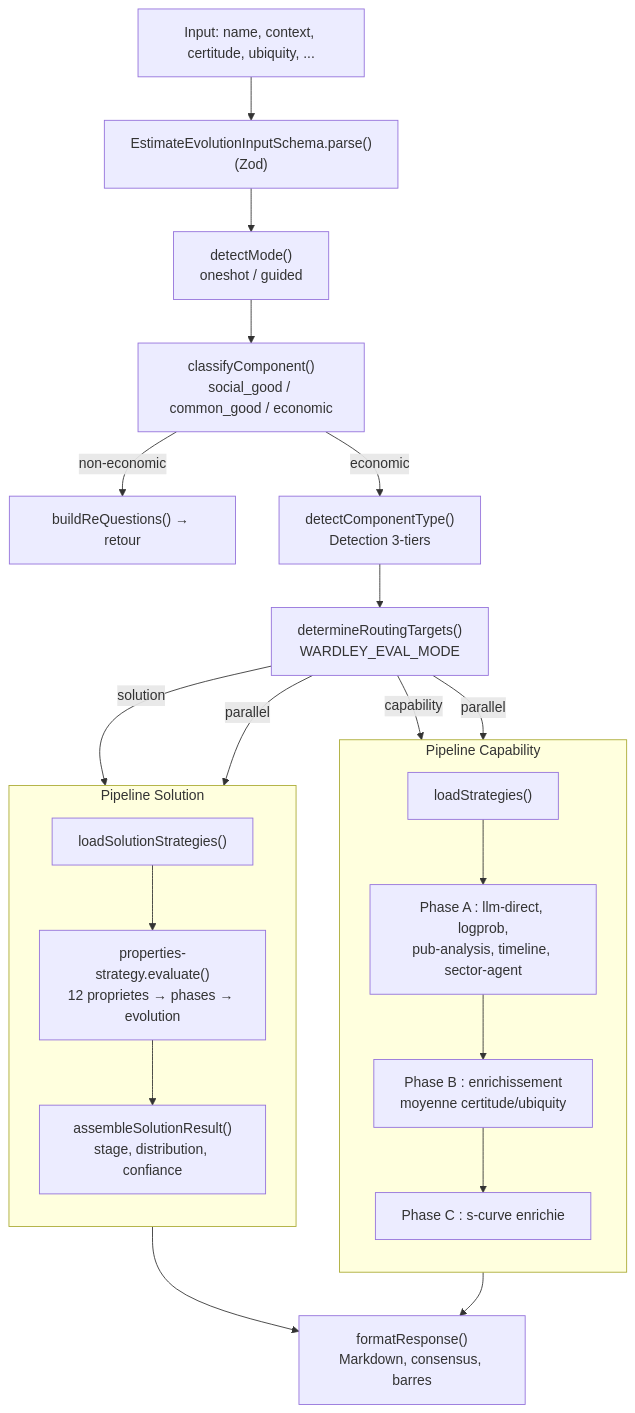
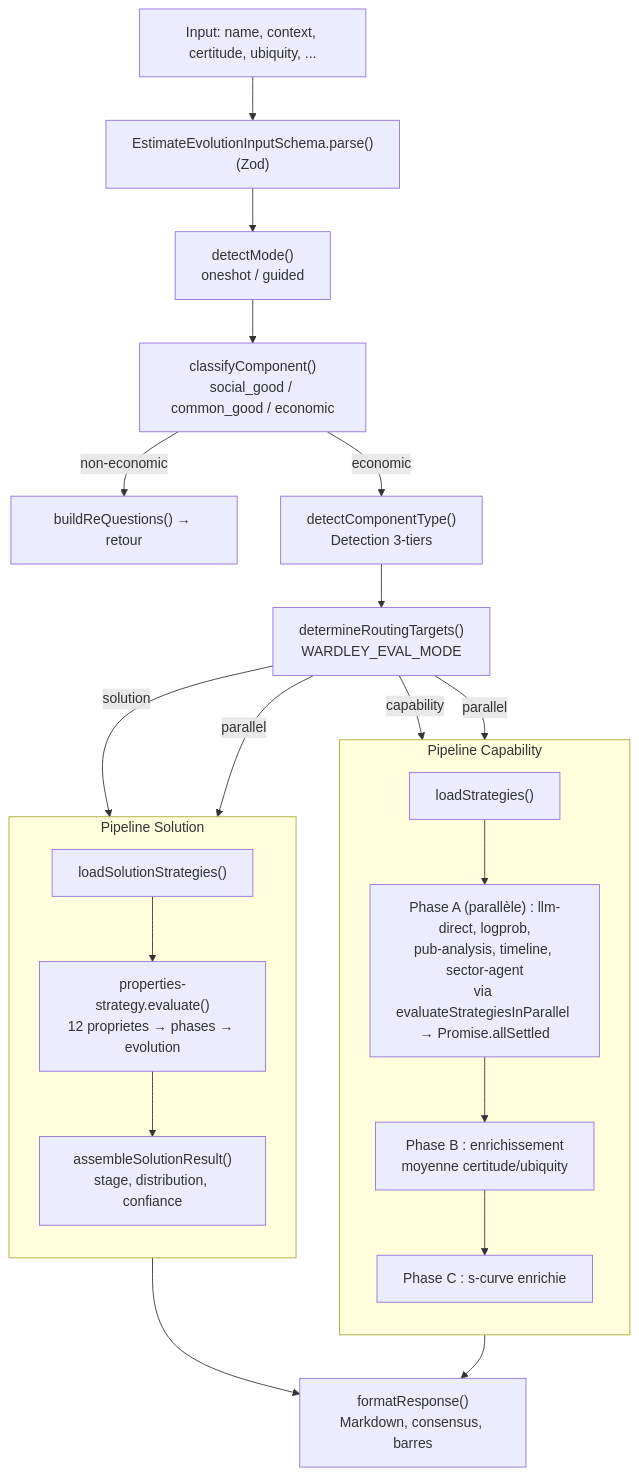
Before and after one commit to formicoidea/labre-mcp: the third of 5 diagrams in docs/technical/architecture.md, drawn with Mermaid. The commit also changed other lines of this file and 1 other file, not shown here.

````diff
--- a/docs/technical/architecture.md
+++ b/docs/technical/architecture.md
@@ -193,32 +209,32 @@
 ```mermaid
 flowchart TD
     Input["Input: name, context, certitude, ubiquity, ..."]
     Input --> Validate["EstimateEvolutionInputSchema.parse()\n(Zod)"]
     Validate --> Mode["detectMode()\noneshot / guided"]
     Mode --> Classify["classifyComponent()\nsocial_good / common_good / economic"]
     Classify -->|"non-economic"| ReQ["buildReQuestions() → retour"]
     Classify -->|"economic"| Detect["detectComponentType()\nDetection 3-tiers"]
 
     Detect --> Targets["determineRoutingTargets()\nWARDLEY_EVAL_MODE"]
 
     Targets -->|"solution"| SolPipe["Pipeline Solution"]
     Targets -->|"capability"| CapPipe["Pipeline Capability"]
     Targets -->|"parallel"| SolPipe & CapPipe
 
     subgraph SolPipe["Pipeline Solution"]
         direction TB
         SLoad["loadSolutionStrategies()"]
         SLoad --> SProp["properties-strategy.evaluate()\n12 proprietes → phases → evolution"]
         SProp --> SAssemble["assembleSolutionResult()\nstage, distribution, confiance"]
     end
 
     subgraph CapPipe["Pipeline Capability"]
         direction TB
         CLoad["loadStrategies()"]
-        CLoad --> PhaseA["Phase A : llm-direct, logprob,\npub-analysis, timeline, sector-agent"]
+        CLoad --> PhaseA["Phase A (parallèle) : llm-direct, logprob,\npub-analysis, timeline, sector-agent\nvia evaluateStrategiesInParallel → Promise.allSettled"]
         PhaseA --> PhaseB["Phase B : enrichissement\nmoyenne certitude/ubiquity"]
         PhaseB --> PhaseC["Phase C : s-curve enrichie"]
     end
 
     SolPipe & CapPipe --> Format["formatResponse()\nMarkdown, consensus, barres"]
 ```
````
